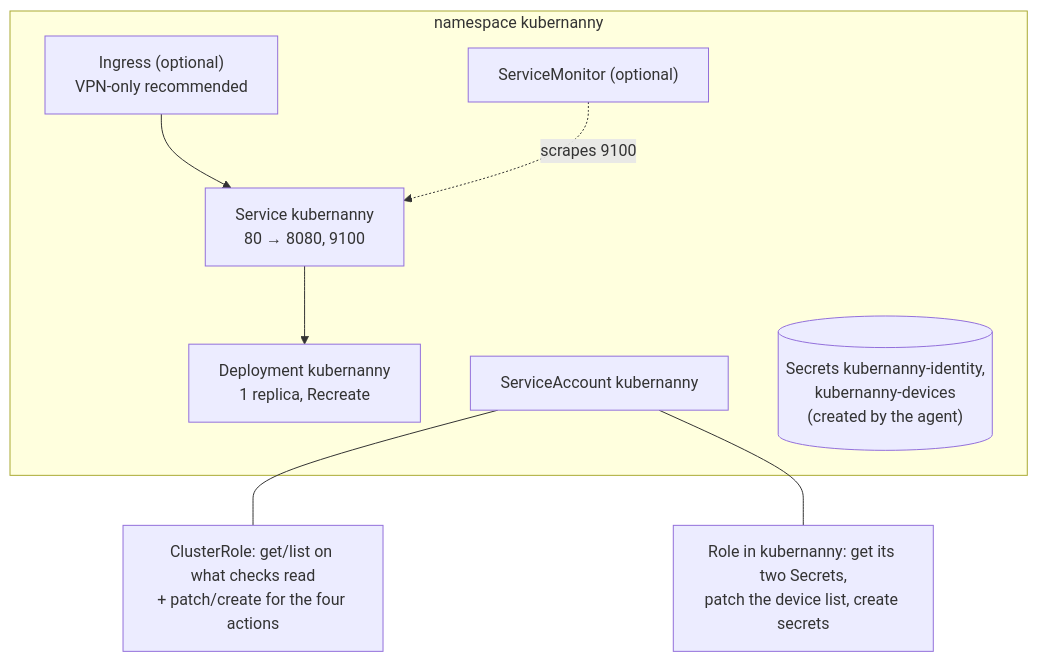
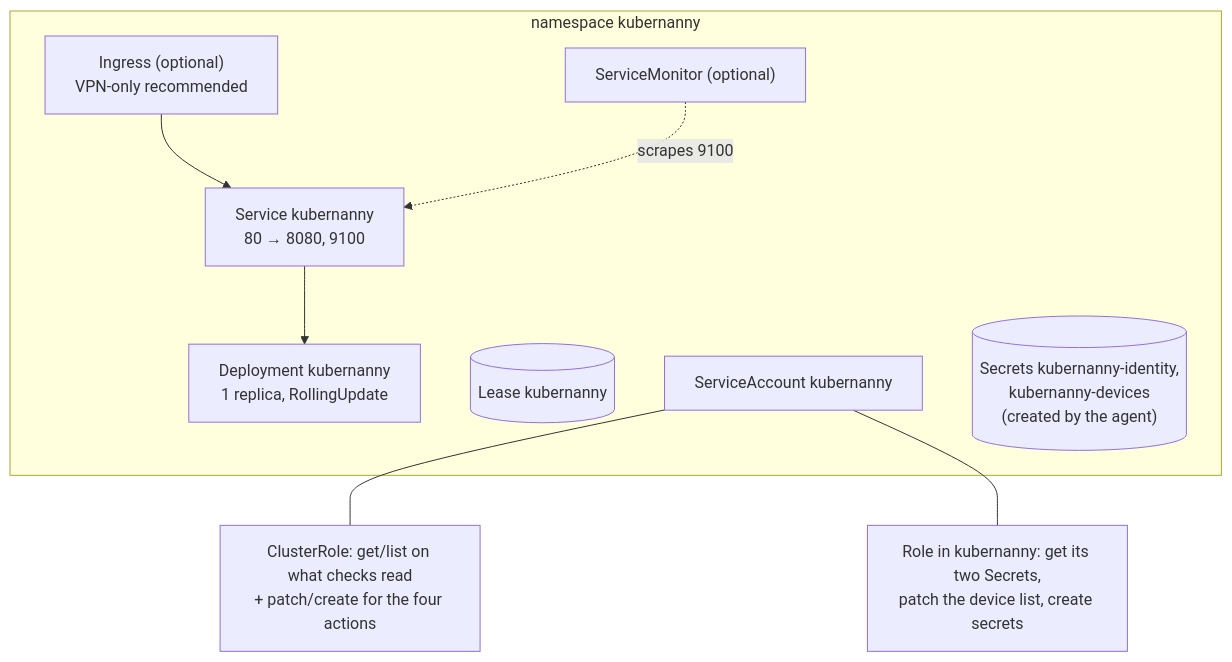
Before and after one commit to kubernanny/kubernanny: the tenth of 11 diagrams in docs/ARCHITECTURE.md, drawn with Mermaid. The commit also changed other lines of this file and 10 other files, not shown here.

````diff
--- a/docs/ARCHITECTURE.md
+++ b/docs/ARCHITECTURE.md
@@ -354,17 +362,18 @@
 ```mermaid
 flowchart TB
   subgraph ns["namespace kubernanny"]
-    dep["Deployment kubernanny<br/>1 replica, Recreate"]
+    dep["Deployment kubernanny<br/>1 replica, RollingUpdate"]
+    lease[("Lease kubernanny")]
     svc["Service kubernanny<br/>80 → 8080, 9100"]
     sa["ServiceAccount kubernanny"]
     sec[("Secrets kubernanny-identity,<br/>kubernanny-devices<br/>(created by the agent)")]
     ing["Ingress (optional)<br/>VPN-only recommended"]
     sm["ServiceMonitor (optional)"]
   end
   cr["ClusterRole: get/list on what checks read<br/>+ patch/create for the four actions"]
   role["Role in kubernanny: get its two Secrets,<br/>patch the device list, create secrets"]
   sa --- cr
   sa --- role
   ing --> svc --> dep
   sm -. scrapes 9100 .-> svc
 ```
````
